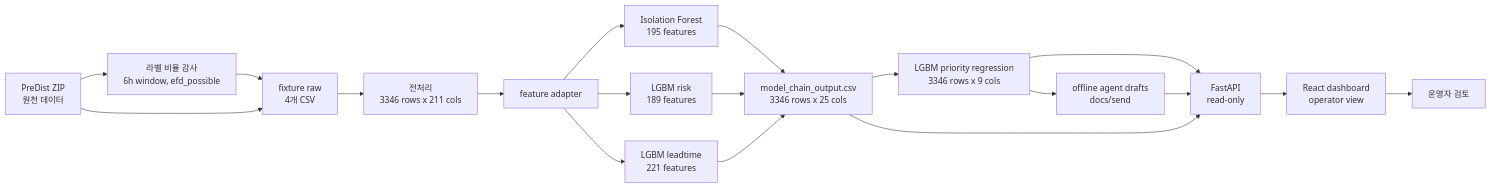
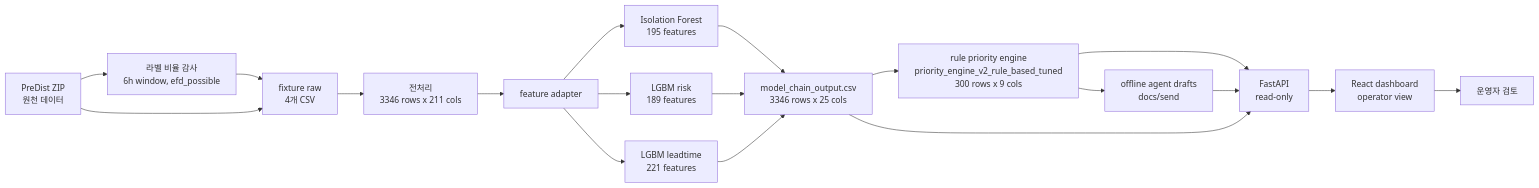
The first of 2 diagrams in docs/report/proto/README.md (jiyang-lee/Heat_Grid_Agent), drawn with Mermaid before and after one commit. The commit also changed other lines of this file and 20 other files, not shown here.

````diff
--- a/docs/report/proto/README.md
+++ b/docs/report/proto/README.md
@@ -9,21 +9,21 @@
 ```mermaid
 flowchart LR
   ZIP["PreDist ZIP<br/>원천 데이터"] --> AUDIT["라벨 비율 감사<br/>6h window, efd_possible"]
   ZIP --> RAW["fixture raw<br/>4개 CSV"]
   AUDIT --> RAW
   RAW --> PRE["전처리<br/>3346 rows x 211 cols"]
   PRE --> ADAPT["feature adapter"]
   ADAPT --> IF["Isolation Forest<br/>195 features"]
   ADAPT --> RISK["LGBM risk<br/>189 features"]
   ADAPT --> LEAD["LGBM leadtime<br/>221 features"]
   IF --> CHAIN["model_chain_output.csv<br/>3346 rows x 25 cols"]
   RISK --> CHAIN
   LEAD --> CHAIN
-  CHAIN --> PRIORITY["LGBM priority regression<br/>3346 rows x 9 cols"]
+  CHAIN --> PRIORITY["rule priority engine<br/>priority_engine_v2_rule_based_tuned<br/>300 rows x 9 cols"]
   PRIORITY --> API["FastAPI<br/>read-only"]
   CHAIN --> API
   API --> FE["React dashboard<br/>operator view"]
   PRIORITY --> AGENT["offline agent drafts<br/>docs/send"]
   AGENT --> API
   FE --> REVIEW["운영자 검토"]
 ```
````
